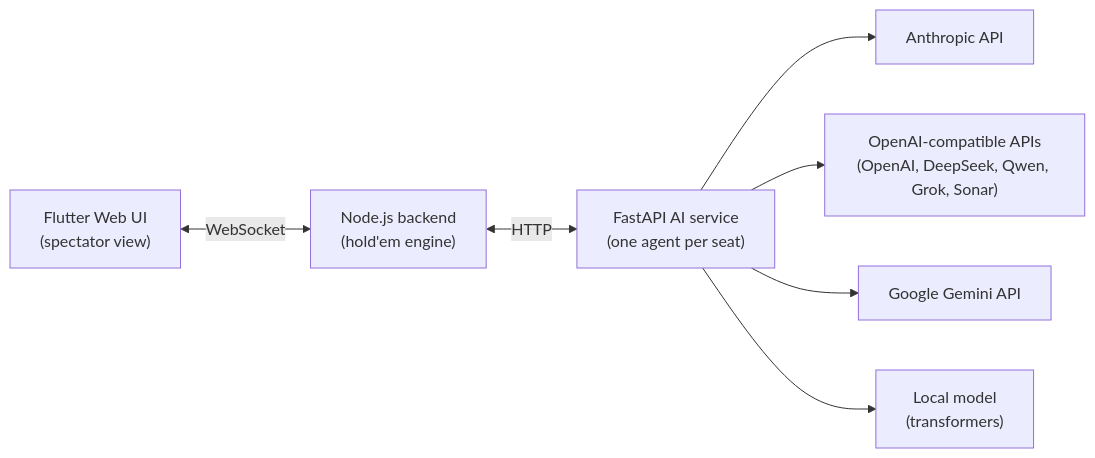
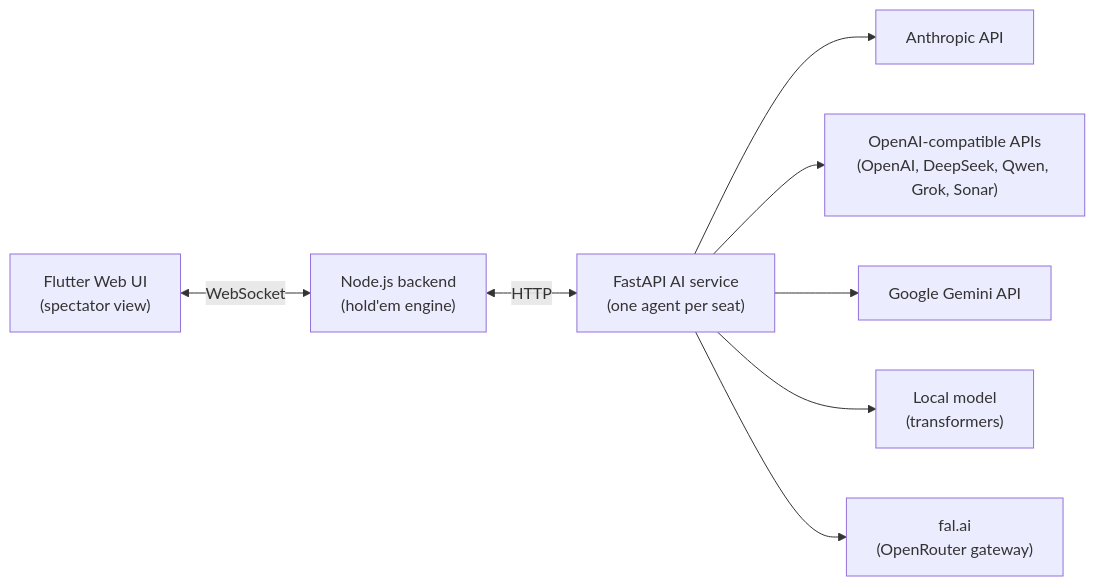
One commit to Longfei-Zhao/llm-poker changed the diagram in README.md. Above: the diagram before and after it, drawn with Mermaid. The commit also changed other lines of this file and 6 other files, not shown here.

````diff
--- a/README.md
+++ b/README.md
@@ -20,9 +20,10 @@
 ```mermaid
 flowchart LR
     UI["Flutter Web UI<br/>(spectator view)"] <-->|WebSocket| BE["Node.js backend<br/>(hold'em engine)"]
     BE <-->|HTTP| AI["FastAPI AI service<br/>(one agent per seat)"]
     AI --> A1["Anthropic API"]
     AI --> A2["OpenAI-compatible APIs<br/>(OpenAI, DeepSeek, Qwen, Grok, Sonar)"]
     AI --> A3["Google Gemini API"]
     AI --> A4["Local model<br/>(transformers)"]
+    AI --> A5["fal.ai<br/>(OpenRouter gateway)"]
 ```
````
